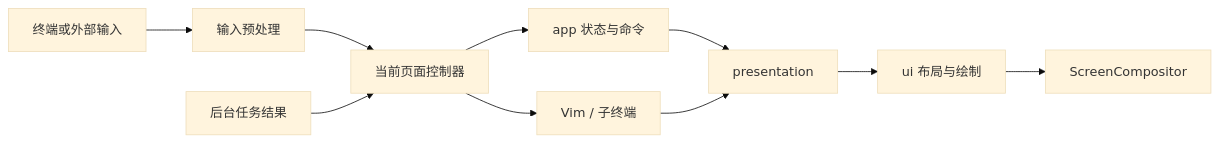
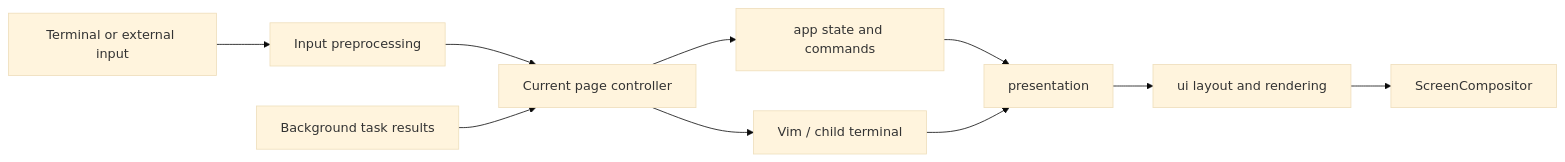
One commit to peixuanthomas/TundraUX3 changed the diagram in crates/shell/README.md. Above: the diagram before and after it, drawn with Mermaid (base theme). The commit also changed other lines of this file and 69 other files, not shown here.

````diff
--- a/crates/shell/README.md
+++ b/crates/shell/README.md
@@ -34,12 +34,12 @@
 ```mermaid
 flowchart LR
-    Input[终端或外部输入] --> Prepare[输入预处理]
-    Prepare --> Controller[当前页面控制器]
-    Controller --> App[app 状态与命令]
-    Controller --> Vim[Vim / 子终端]
+    Input[Terminal or external input] --> Prepare[Input preprocessing]
+    Prepare --> Controller[Current page controller]
+    Controller --> App[app state and commands]
+    Controller --> Vim[Vim / child terminal]
     App --> Present[presentation]
     Vim --> Present
-    Present --> UI[ui 布局与绘制]
+    Present --> UI[ui layout and rendering]
     UI --> Compose[ScreenCompositor]
-    Jobs[后台任务结果] --> Controller
+    Jobs[Background task results] --> Controller
 ```
````
